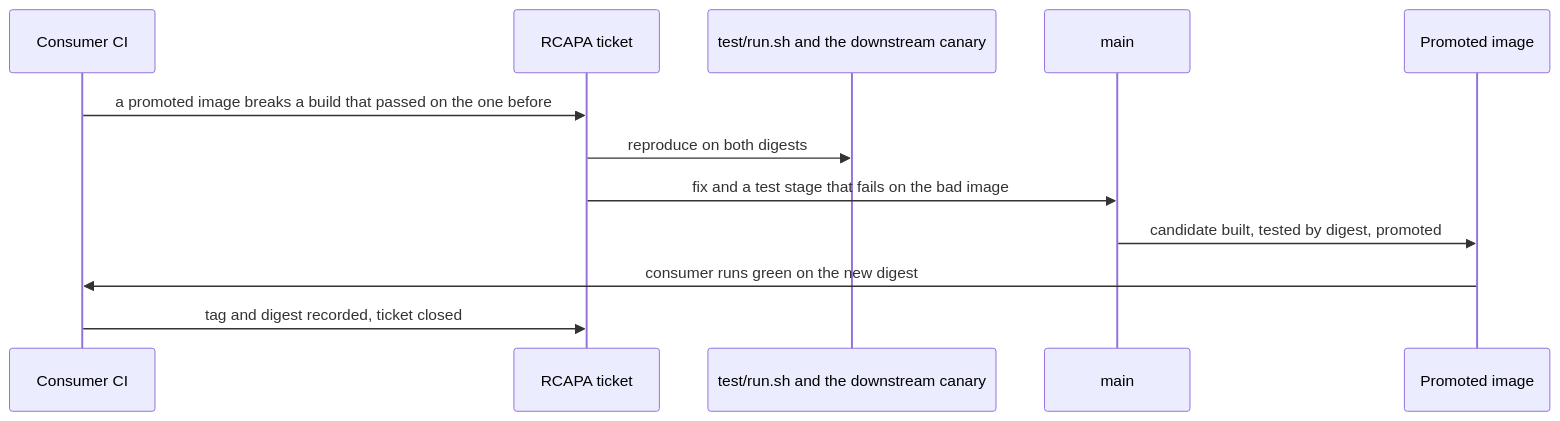
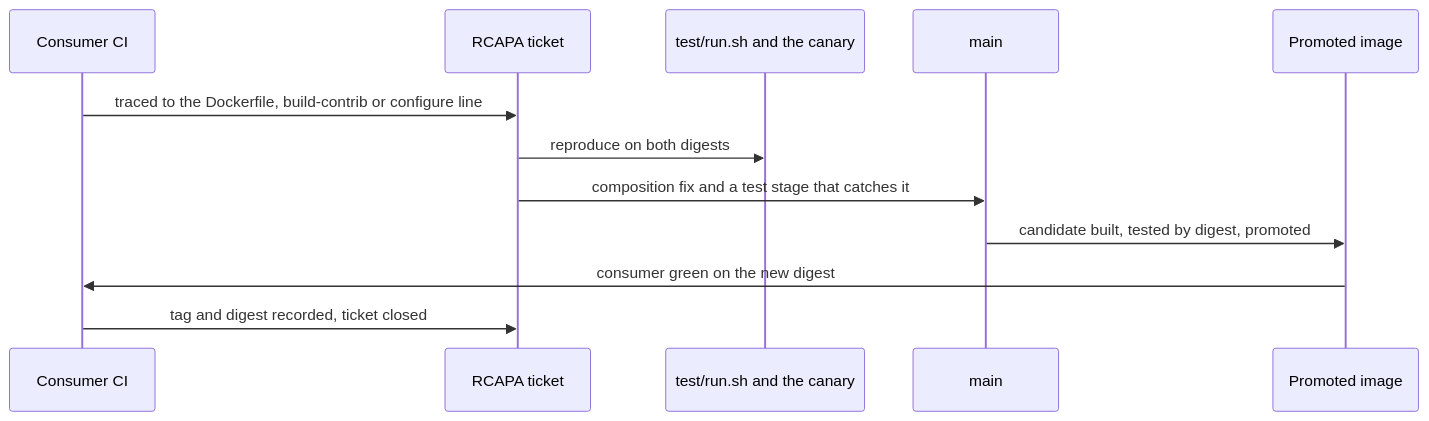
Before and after one commit to swarm-routing/ns3-containers: the diagram in docs/rcapa/README.md, drawn with Mermaid. The commit also changed other lines of this file, not shown here.

````diff
--- a/docs/rcapa/README.md
+++ b/docs/rcapa/README.md
@@ -39,14 +38,14 @@
 ```mermaid
 sequenceDiagram
     participant C as Consumer CI
     participant T as RCAPA ticket
-    participant S as test/run.sh and the downstream canary
+    participant S as test/run.sh and the canary
     participant M as main
     participant I as Promoted image
-    C->>T: a promoted image breaks a build that passed on the one before
+    C->>T: traced to the Dockerfile, build-contrib or configure line
     T->>S: reproduce on both digests
-    T->>M: fix and a test stage that fails on the bad image
+    T->>M: composition fix and a test stage that catches it
     M->>I: candidate built, tested by digest, promoted
-    I->>C: consumer runs green on the new digest
+    I->>C: consumer green on the new digest
     C->>T: tag and digest recorded, ticket closed
 ```
````
